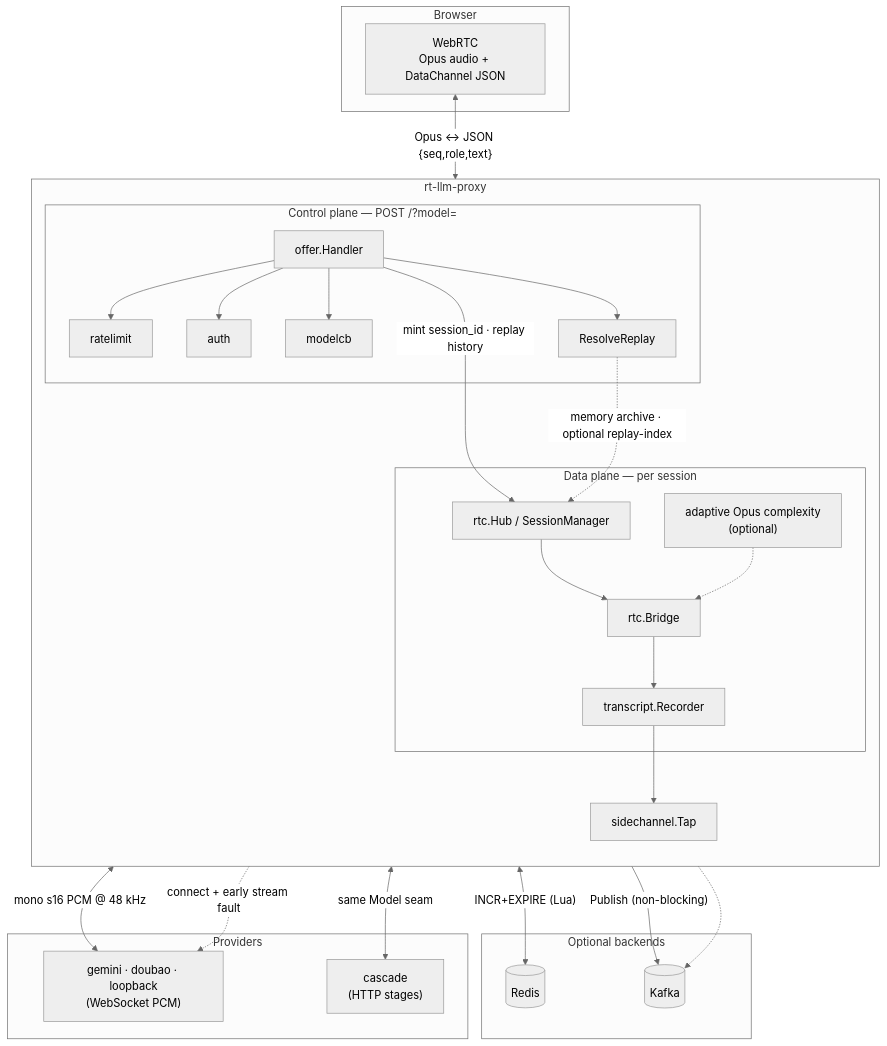
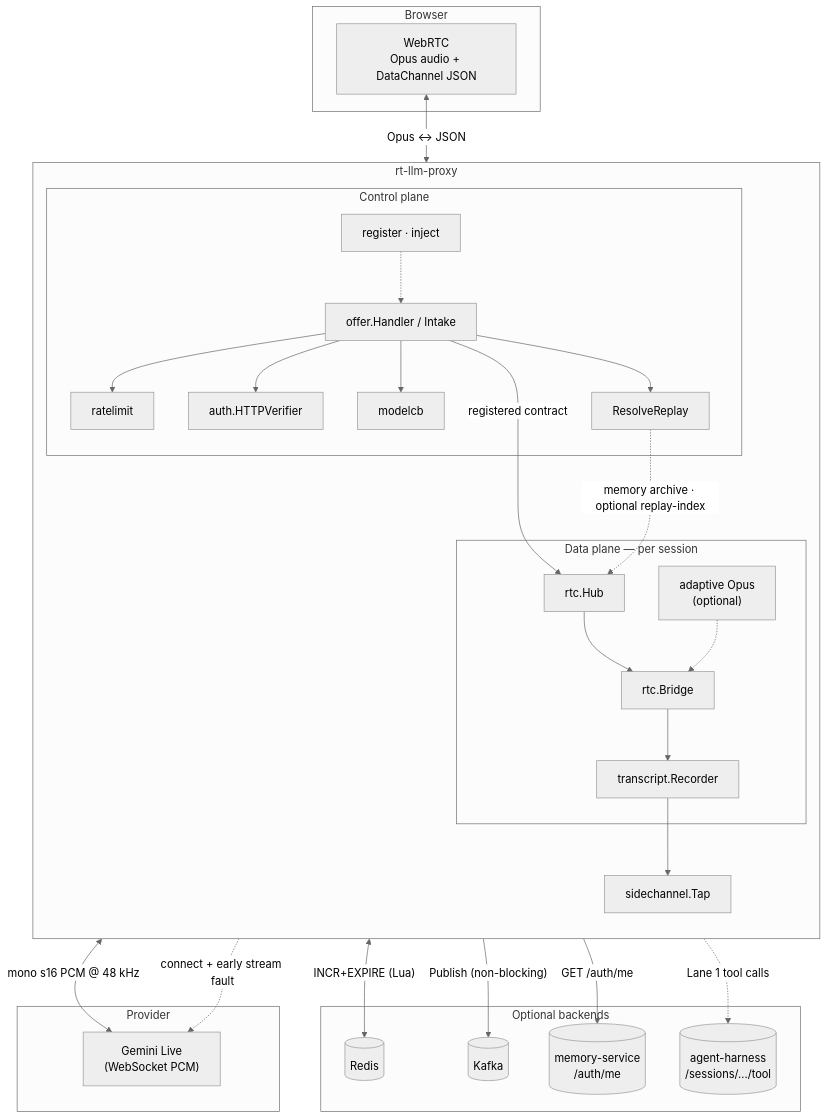
The first of 2 diagrams in services/rt_llm_proxy/docs/ARCHITECTURE.md (thinkinbig/auracle-dj-radio), drawn with Mermaid (neutral theme) before and after one commit. The commit also changed other lines of this file and 25 other files, not shown here.

Commit message:
docs: update Spotify taste architecture

````diff
--- a/services/rt_llm_proxy/docs/ARCHITECTURE.md
+++ b/services/rt_llm_proxy/docs/ARCHITECTURE.md
@@ -23,52 +22,55 @@
 ```mermaid
 flowchart TB
   subgraph browser["Browser"]
     WEB["WebRTC<br/>Opus audio + DataChannel JSON"]
   end
 
   subgraph proxy["rt-llm-proxy"]
     direction TB
-    subgraph control["Control plane — POST /?model="]
-      OFFER["offer.Handler"]
+    subgraph control["Control plane"]
+      OFFER["offer.Handler / Intake"]
+      REG["register · inject"]
       RL["ratelimit"]
-      AUTH["auth"]
+      AUTH["auth.HTTPVerifier"]
       CB["modelcb"]
       REPLAY["ResolveReplay"]
       OFFER --> RL
       OFFER --> AUTH
       OFFER --> CB
       OFFER --> REPLAY
     end
     subgraph data["Data plane — per session"]
-      HUB["rtc.Hub / SessionManager"]
+      HUB["rtc.Hub"]
       BRIDGE["rtc.Bridge"]
       REC["transcript.Recorder"]
-      ADAPT["adaptive Opus complexity<br/>(optional)"]
+      ADAPT["adaptive Opus<br/>(optional)"]
       HUB --> BRIDGE
       BRIDGE --> REC
       ADAPT -.-> BRIDGE
     end
-    OFFER -->|"mint session_id · replay history"| HUB
+    OFFER -->|"registered contract"| HUB
+    REG -.-> OFFER
     TAP["sidechannel.Tap"]
     REC --> TAP
   end
 
   subgraph optional["Optional backends"]
     REDIS[("Redis")]
     KAFKA[("Kafka")]
+    MS[("memory-service<br/>/auth/me")]
+    HARNESS[("agent-harness<br/>/sessions/.../tool")]
   end
 
-  subgraph upstream["Providers"]
-    STS["gemini · doubao · loopback<br/>(WebSocket PCM)"]
-    CASCADE["cascade<br/>(HTTP stages)"]
+  subgraph upstream["Provider"]
+    GEMINI["Gemini Live<br/>(WebSocket PCM)"]
   end
 
-  WEB <-->|"Opus ↔ JSON {seq,role,text}"| BRIDGE
-  BRIDGE <-->|"mono s16 PCM @ 48 kHz"| STS
-  BRIDGE <-->|"same Model seam"| CASCADE
+  WEB <-->|"Opus ↔ JSON"| BRIDGE
+  BRIDGE <-->|"mono s16 PCM @ 48 kHz"| GEMINI
   RL <-->|"INCR+EXPIRE (Lua)"| REDIS
   TAP -->|"Publish (non-blocking)"| KAFKA
+  AUTH -->|"GET /auth/me"| MS
+  BRIDGE -.->|"Lane 1 tool calls"| HARNESS
   REPLAY -.->|"memory archive · optional replay-index"| HUB
-  REPLAY -.-> KAFKA
-  CB -.->|"connect + early stream fault"| STS
+  CB -.->|"connect + early stream fault"| GEMINI
 ```
````
